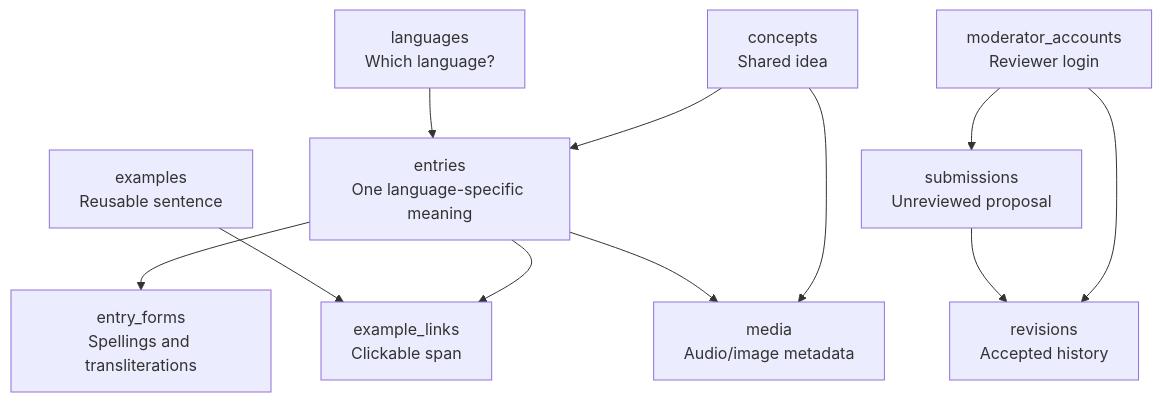
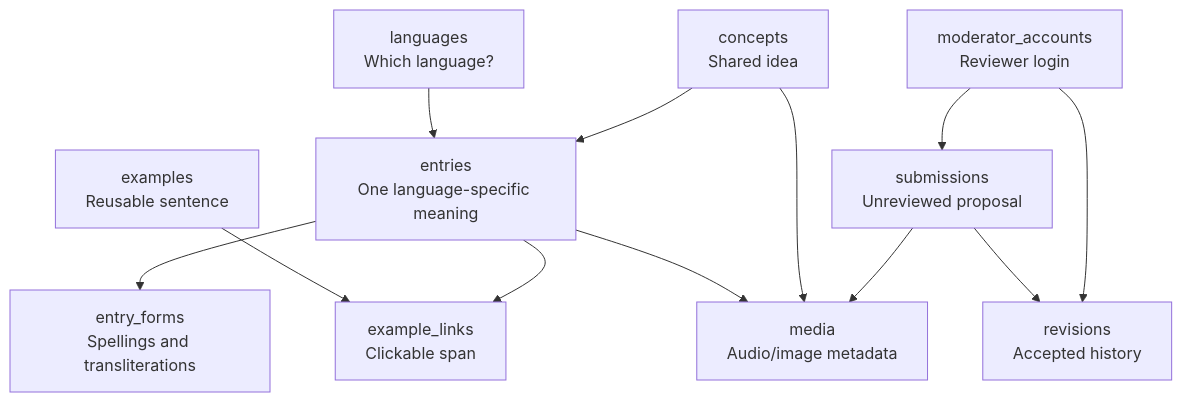
One commit to aayushmau5/project_skad changed the diagram in docs/data-model.md. Above: the diagram before and after it, drawn with Mermaid. The commit also changed other lines of this file and 12 other files, not shown here.

```diff
--- a/docs/data-model.md
+++ b/docs/data-model.md
@@ -65,24 +66,25 @@
 ~~~mermaid
 flowchart TB
   LANG["languages<br/>Which language?"]
   CON["concepts<br/>Shared idea"]
   ENT["entries<br/>One language-specific meaning"]
   FORM["entry_forms<br/>Spellings and transliterations"]
   EX["examples<br/>Reusable sentence"]
   LINK["example_links<br/>Clickable span"]
   MED["media<br/>Audio/image metadata"]
   SUB["submissions<br/>Unreviewed proposal"]
   ACC["moderator_accounts<br/>Reviewer login"]
   REV["revisions<br/>Accepted history"]
 
   LANG --> ENT
   CON --> ENT
   ENT --> FORM
   EX --> LINK
   ENT --> LINK
   ENT --> MED
   CON --> MED
+  SUB --> MED
   ACC --> SUB
   SUB --> REV
   ACC --> REV
 ~~~
```
